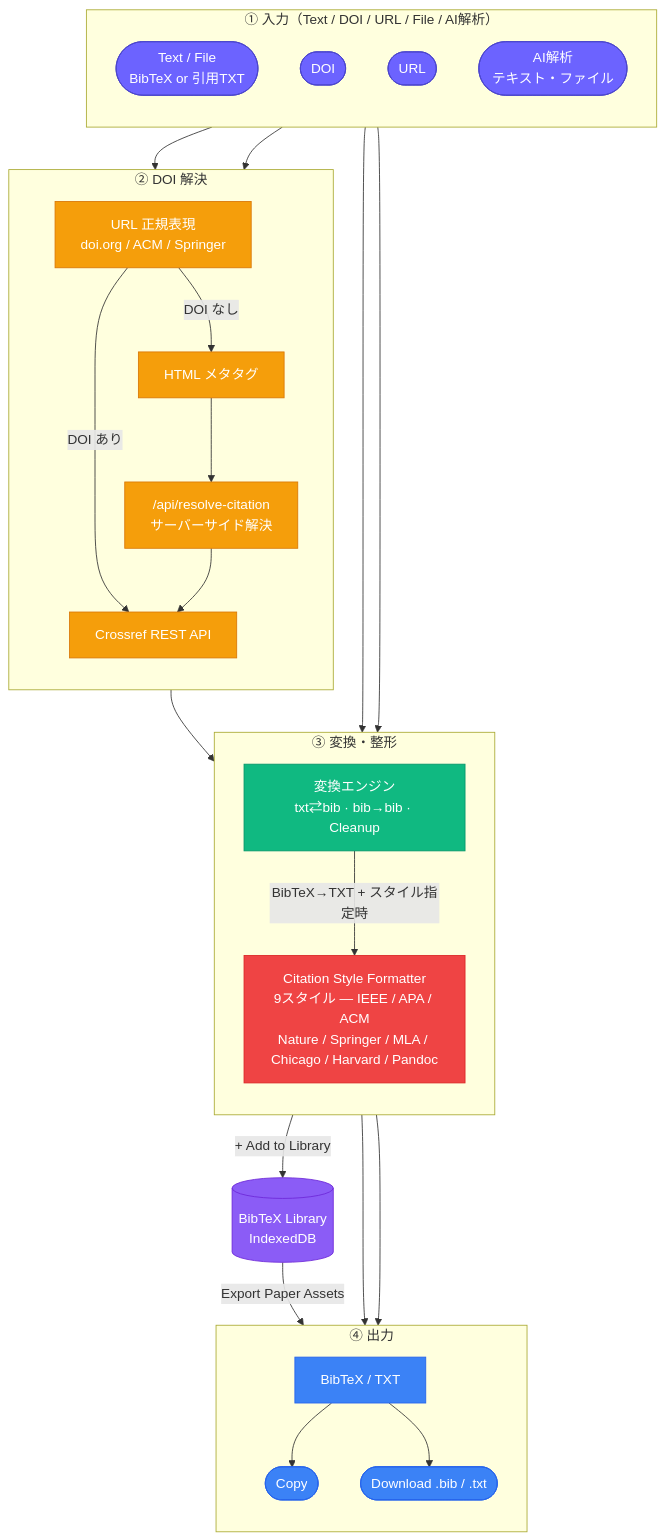
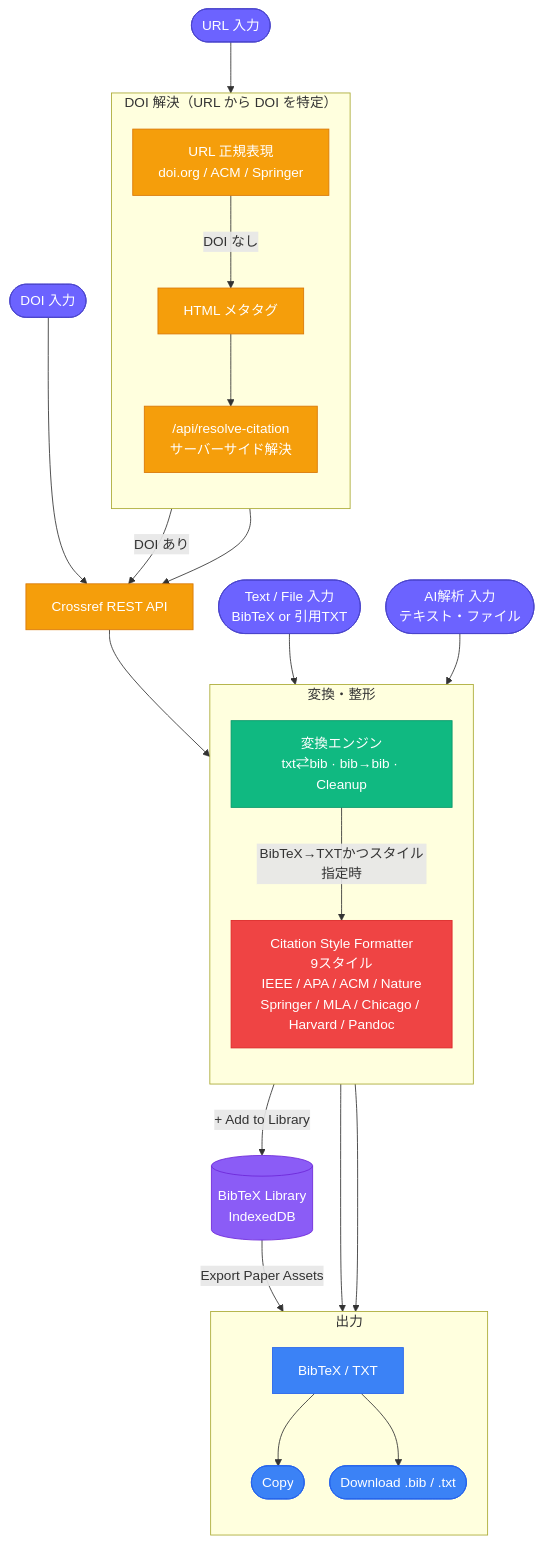
The first of 3 diagrams in docs/architecture/citation.md (Axe0320/latex-research-toolkit), drawn with Mermaid before and after one commit. The commit also changed other lines of this file and 4 other files, not shown here.

First line of the commit message:
モジュール別アーキテクチャ図の矢印不具合を修正し内容を拡充

````diff
--- a/docs/architecture/citation.md
+++ b/docs/architecture/citation.md
@@ -7,55 +15,55 @@
 ```mermaid
+%%{init: {'flowchart': {'nodeSpacing': 30, 'rankSpacing': 60}}}%%
 flowchart TD
     classDef input  fill:#6C63FF,color:#fff,stroke:#4a44cc
     classDef api    fill:#F59E0B,color:#fff,stroke:#D97706
     classDef parse  fill:#10B981,color:#fff,stroke:#059669
     classDef format fill:#EF4444,color:#fff,stroke:#DC2626
     classDef out    fill:#3B82F6,color:#fff,stroke:#2563EB
     classDef store  fill:#8B5CF6,color:#fff,stroke:#6D28D9
 
-    subgraph IN["① 入力（Text / DOI / URL / File / AI解析）"]
-        direction TB
-        T(["Text / File<br/>BibTeX or 引用TXT"]):::input
-        D(["DOI"]):::input
-        U(["URL"]):::input
-        AI(["AI解析<br/>テキスト・ファイル"]):::input
-    end
+    T(["Text / File 入力<br/>BibTeX or 引用TXT"]):::input
+    AI(["AI解析 入力<br/>テキスト・ファイル"]):::input
+    D(["DOI 入力"]):::input
+    U(["URL 入力"]):::input
 
-    subgraph RESOLVE["② DOI 解決"]
+    subgraph RESOLVE["DOI 解決（URL から DOI を特定）"]
         direction TB
         RX["URL 正規表現<br/>doi.org / ACM / Springer"]:::api
         META[HTML メタタグ]:::api
         PROXY["/api/resolve-citation<br/>サーバーサイド解決"]:::api
-        CR[Crossref REST API]:::api
-        RX -->|"DOI あり"| CR
-        RX -->|"DOI なし"| META --> PROXY --> CR
+        RX -->|"DOI なし"| META --> PROXY
     end
 
-    subgraph PROC["③ 変換・整形"]
+    CR[Crossref REST API]:::api
+
+    subgraph PROC["変換・整形"]
         direction TB
         CV["変換エンジン<br/>txt⇄bib · bib→bib · Cleanup"]:::parse
-        SF["Citation Style Formatter<br/>9スタイル — IEEE / APA / ACM<br/>Nature / Springer / MLA / Chicago / Harvard / Pandoc"]:::format
-        CV -->|"BibTeX→TXT + スタイル指定時"| SF
+        SF["Citation Style Formatter<br/>9スタイル<br/>IEEE / APA / ACM / Nature<br/>Springer / MLA / Chicago / Harvard / Pandoc"]:::format
+        CV -->|"BibTeX→TXTかつスタイル指定時"| SF
     end
 
-    subgraph OUT["④ 出力"]
+    subgraph OUT["出力"]
         direction TB
         OP[BibTeX / TXT]:::out
         CP([Copy]):::out
         DL([Download .bib / .txt]):::out
         OP --> CP
         OP --> DL
     end
 
     LIB[("BibTeX Library<br/>IndexedDB")]:::store
 
+    U --> RX
+    D --> CR
+    RX -->|"DOI あり"| CR
+    PROXY --> CR
+    CR --> CV
     T --> CV
-    D --> CR
-    U --> RX
     AI --> CV
-    CR --> CV
     CV --> OP
     SF --> OP
     CV -->|"+ Add to Library"| LIB
     LIB -->|"Export Paper Assets"| DL
 ```
````
